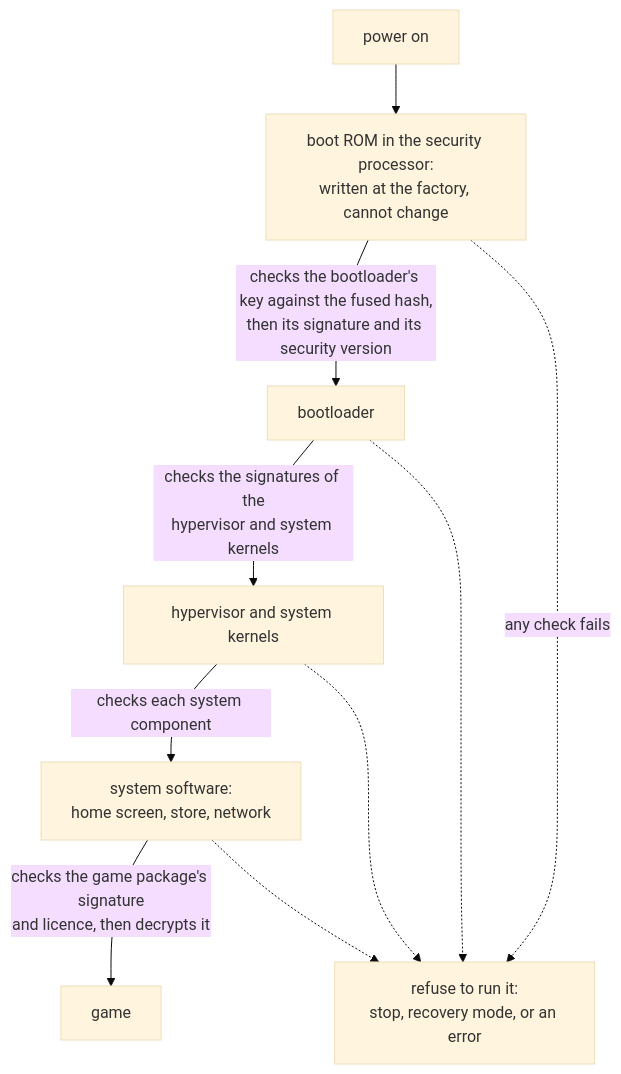
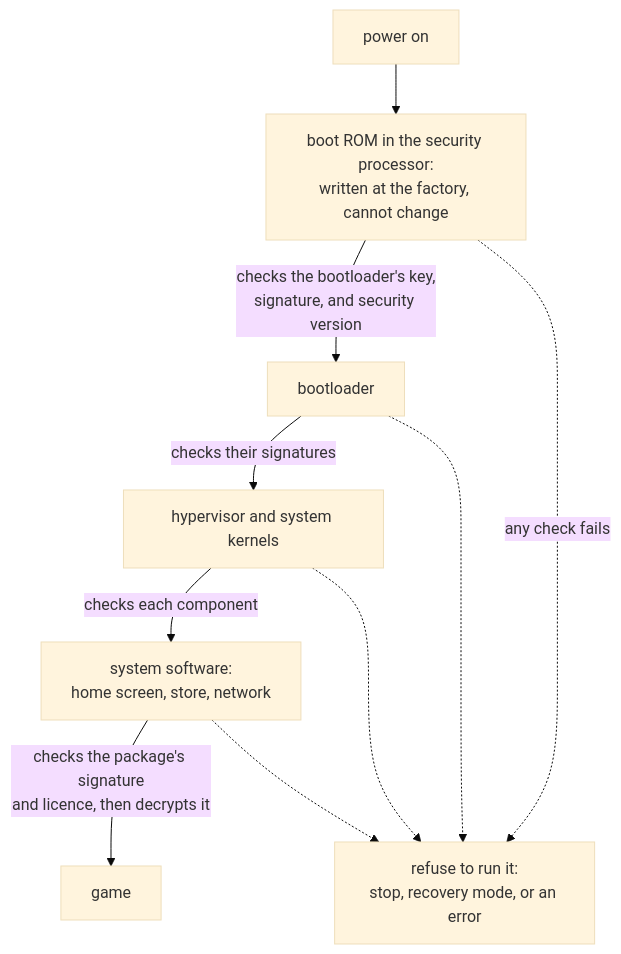
The third of 4 diagrams in site/src/content/docs/pages/14/05.mdx (MustCodeAl/rust-game-hacking-book), drawn with Mermaid (base theme) before and after one commit. The commit also changed other lines of this file and 23 other files, not shown here.

````diff
--- a/site/src/content/docs/pages/14/05.mdx
+++ b/site/src/content/docs/pages/14/05.mdx
@@ -140,12 +139,12 @@
 ```mermaid
 flowchart TD
     P["power on"] --> R["boot ROM in the security processor:<br/>written at the factory, cannot change"]
-    R -->|"checks the bootloader's key against the fused hash,<br/>then its signature and its security version"| B["bootloader"]
-    B -->|"checks the signatures of the<br/>hypervisor and system kernels"| H["hypervisor and system kernels"]
-    H -->|"checks each system component"| S["system software:<br/>home screen, store, network"]
-    S -->|"checks the game package's signature<br/>and licence, then decrypts it"| G["game"]
+    R -->|"checks the bootloader's key,<br/>signature, and security version"| B["bootloader"]
+    B -->|"checks their signatures"| H["hypervisor and system kernels"]
+    H -->|"checks each component"| S["system software:<br/>home screen, store, network"]
+    S -->|"checks the package's signature<br/>and licence, then decrypts it"| G["game"]
     R -.->|"any check fails"| X["refuse to run it:<br/>stop, recovery mode, or an error"]
     B -.-> X
     H -.-> X
     S -.-> X
 ```
````
